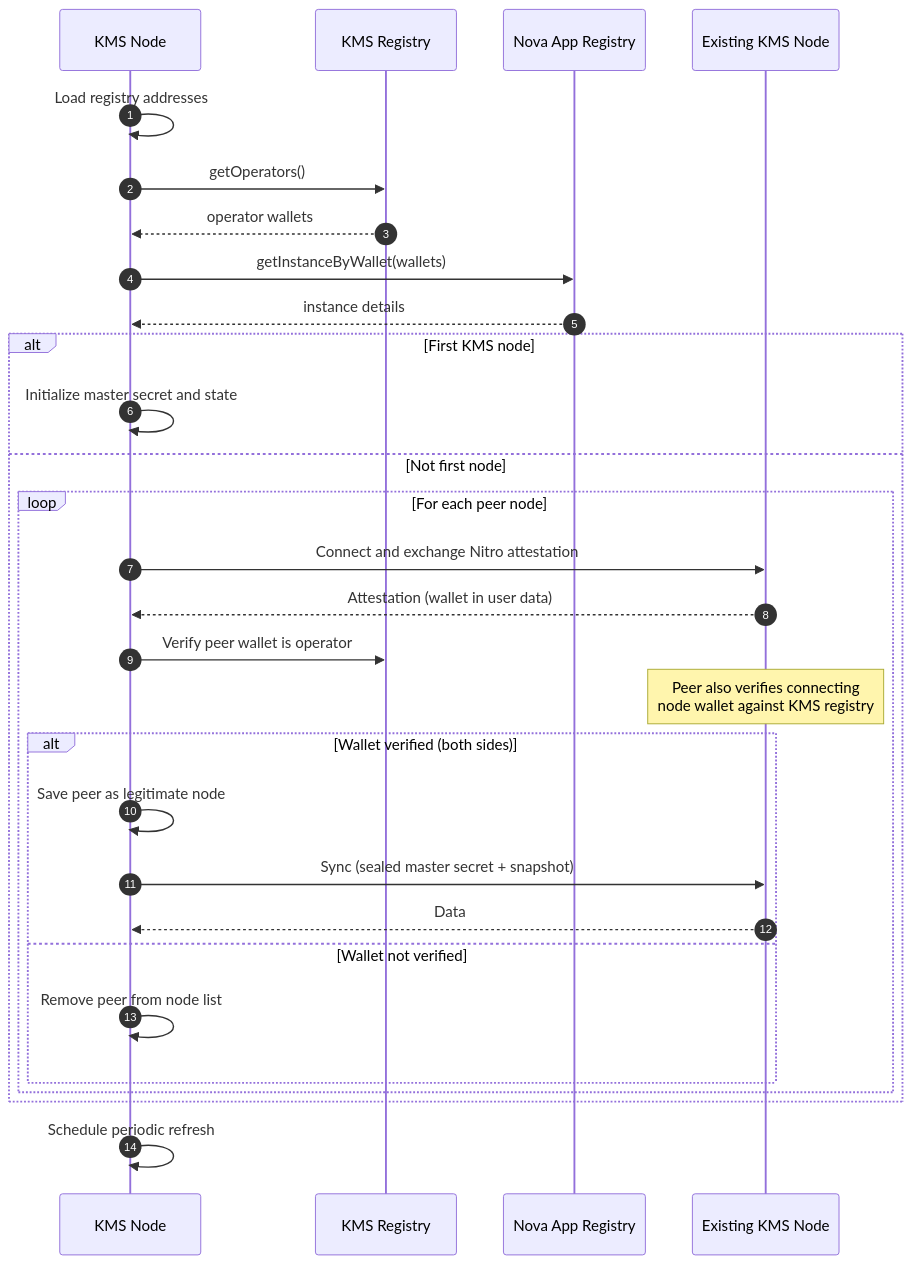
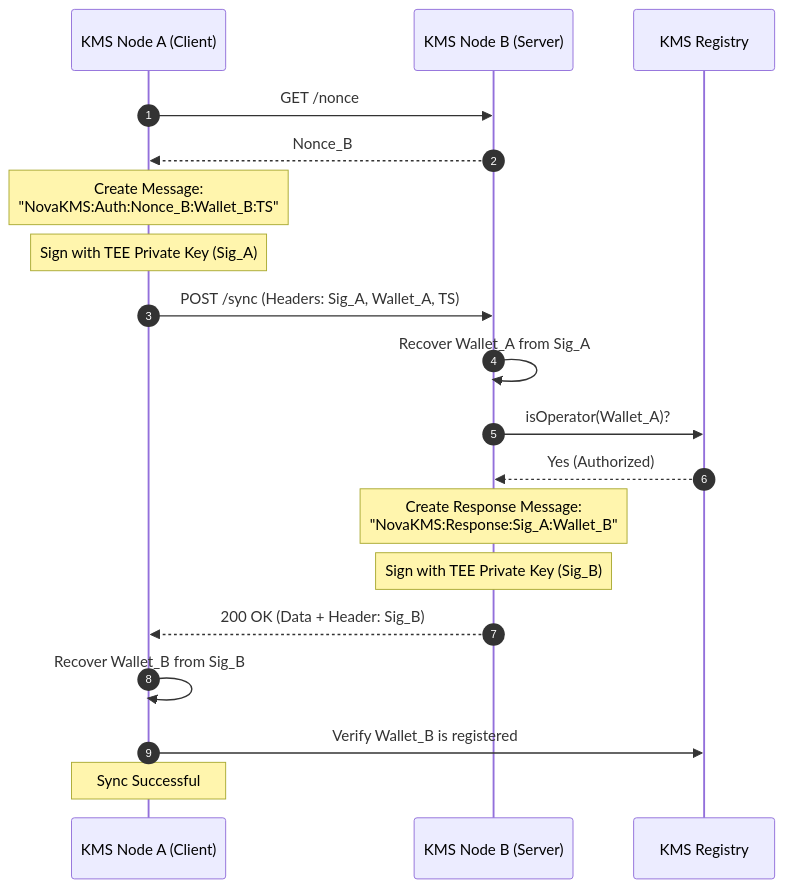
One commit to sparsity-xyz/nova-kms changed the fourth of 5 diagrams in docs/kms-core-workflows.md. Above: the diagram before and after it, drawn with Mermaid. The commit also changed other lines of this file and 4 other files, not shown here.

````diff
--- a/docs/kms-core-workflows.md
+++ b/docs/kms-core-workflows.md
@@ -91,32 +146,28 @@
 ```mermaid
 sequenceDiagram
     autonumber
-    participant KMSNode as KMS Node
-    participant KMSRegistry as KMS Registry
-    participant NovaRegistry as Nova App Registry
-    participant PeerNode as Existing KMS Node
+    participant A as KMS Node A (Client)
+    participant B as KMS Node B (Server)
+    participant KMSReg as KMS Registry
 
-    KMSNode->>KMSNode: Load registry addresses
-    KMSNode->>KMSRegistry: getOperators()
-    KMSRegistry-->>KMSNode: operator wallets
-    KMSNode->>NovaRegistry: getInstanceByWallet(wallets)
-    NovaRegistry-->>KMSNode: instance details
-    alt First KMS node
-        KMSNode->>KMSNode: Initialize master secret and state
-    else Not first node
-        loop For each peer node
-            KMSNode->>PeerNode: Connect and exchange Nitro attestation
-            PeerNode-->>KMSNode: Attestation (wallet in user data)
-            KMSNode->>KMSRegistry: Verify peer wallet is operator
-            Note over PeerNode: Peer also verifies connecting<br/>node wallet against KMS registry
-            alt Wallet verified (both sides)
-                KMSNode->>KMSNode: Save peer as legitimate node
-                KMSNode->>PeerNode: Sync (sealed master secret + snapshot)
-                PeerNode-->>KMSNode: Data
-            else Wallet not verified
-                KMSNode->>KMSNode: Remove peer from node list
-            end
-        end
-    end
-    KMSNode->>KMSNode: Schedule periodic refresh
+    A->>B: GET /nonce
+    B-->>A: Nonce_B
+    
+    Note over A: Create Message:<br/>"NovaKMS:Auth:Nonce_B:Wallet_B:TS"
+    Note over A: Sign with TEE Private Key (Sig_A)
+    
+    A->>B: POST /sync (Headers: Sig_A, Wallet_A, TS)
+    
+    B->>B: Recover Wallet_A from Sig_A
+    B->>KMSReg: isOperator(Wallet_A)?
+    KMSReg-->>B: Yes (Authorized)
+    
+    Note over B: Create Response Message:<br/>"NovaKMS:Response:Sig_A:Wallet_B"
+    Note over B: Sign with TEE Private Key (Sig_B)
+    
+    B-->>A: 200 OK (Data + Header: Sig_B)
+    
+    A->>A: Recover Wallet_B from Sig_B
+    A->>KMSReg: Verify Wallet_B is registered
+    Note over A: Sync Successful
 ```
````
